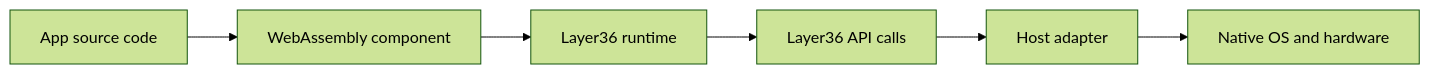
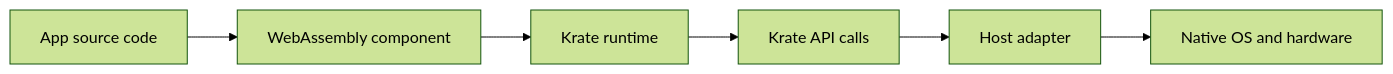
The first of 2 diagrams in docs/book/src/progress-for-everyone.md (incyashraj/krate), drawn with Mermaid (forest theme) before and after one commit. The commit also changed other lines of this file and 342 other files, not shown here.

First line of the commit message:
feat!: rename Layer36 to Krate across the entire system (A9 Phase B)

````diff
--- a/docs/book/src/progress-for-everyone.md
+++ b/docs/book/src/progress-for-everyone.md
@@ -28,8 +28,8 @@
 ```mermaid
 flowchart LR
     A["App source code"] --> B["WebAssembly component"]
-    B --> C["Layer36 runtime"]
-    C --> D["Layer36 API calls"]
+    B --> C["Krate runtime"]
+    C --> D["Krate API calls"]
     D --> E["Host adapter"]
     E --> F["Native OS and hardware"]
 ```
````
